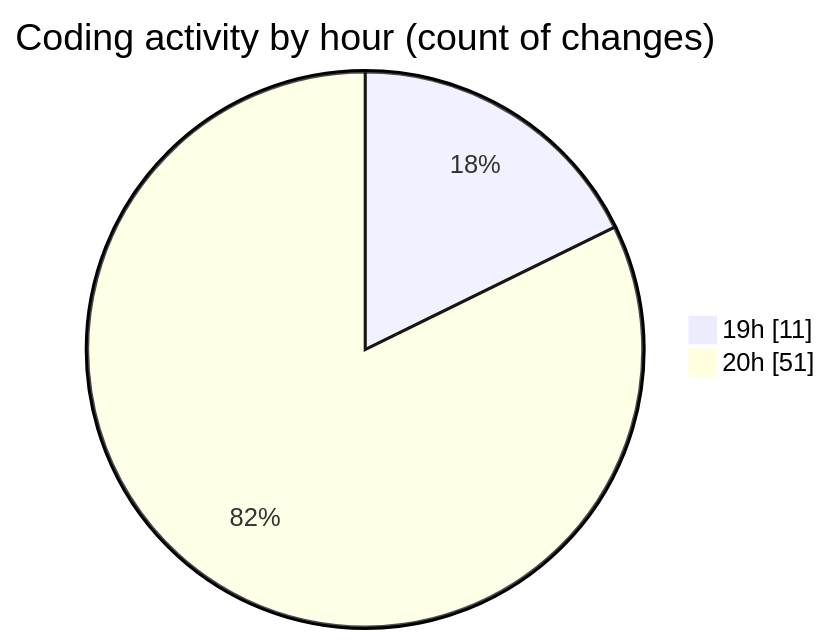
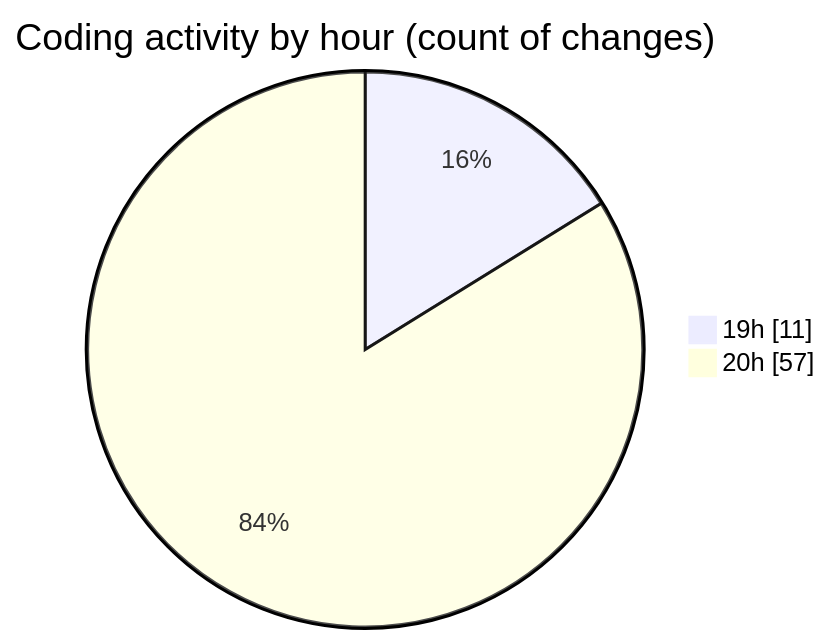
One commit to Netris89/code-tracking changed the second of 2 diagrams in 2025-04-03/back-end/README.md. Above: the diagram before and after it, drawn with Mermaid. The commit also changed other lines of this file and 1 other file, not shown here.

````diff
--- a/2025-04-03/back-end/README.md
+++ b/2025-04-03/back-end/README.md
@@ -30,6 +31,6 @@
 ```mermaid
 pie showData
 title Coding activity by hour (count of changes)
 "19h" : 11
-"20h" : 51
+"20h" : 57
 ```
````
